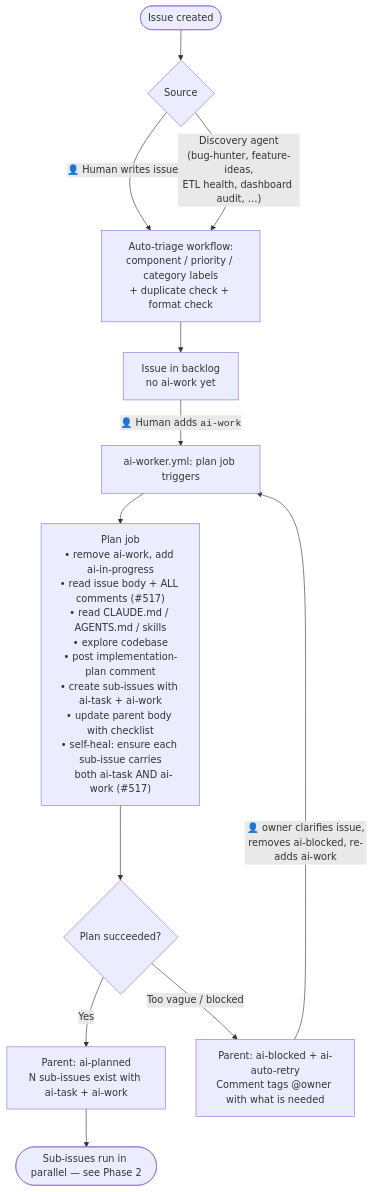
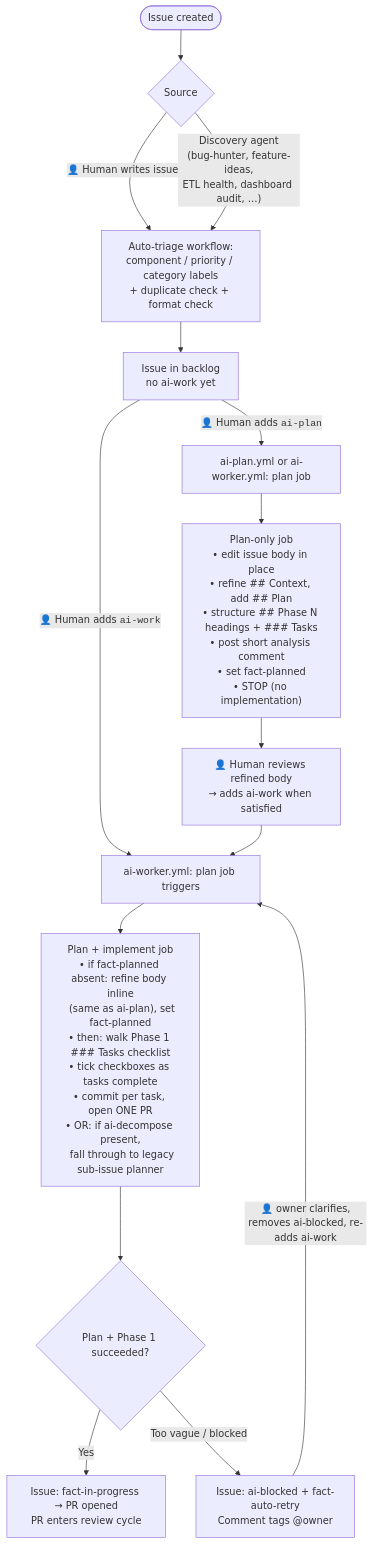
The first of 6 diagrams in docs/ai-factory.md (alvarolobato/powershop-analytics), drawn with Mermaid before and after one commit. The commit also changed other lines of this file and 6 other files, not shown here.

First line of the commit message:
docs: single-track issue format + fact-* label conventions (closes #661)

````diff
--- a/docs/ai-factory.md
+++ b/docs/ai-factory.md
@@ -188,18 +226,22 @@
 ```mermaid
 flowchart TD
     A([Issue created]) --> B{Source}
     B -->|"👤 Human writes issue"| C[Auto-triage workflow:<br/>component / priority / category labels<br/>+ duplicate check + format check]
     B -->|"Discovery agent<br/>(bug-hunter, feature-ideas,<br/>ETL health, dashboard audit, …)"| C
     C --> D[Issue in backlog<br/>no ai-work yet]
+
+    D -->|"👤 Human adds <code>ai-plan</code>"| EP[ai-plan.yml or ai-worker.yml: plan job]
     D -->|"👤 Human adds <code>ai-work</code>"| E[ai-worker.yml: plan job triggers]
 
-    E --> F["Plan job<br/>• remove ai-work, add ai-in-progress<br/>• read issue body + ALL comments (#517)<br/>• read CLAUDE.md / AGENTS.md / skills<br/>• explore codebase<br/>• post implementation-plan comment<br/>• create sub-issues with ai-task + ai-work<br/>• update parent body with checklist<br/>• self-heal: ensure each sub-issue carries<br/>  both ai-task AND ai-work (#517)"]
+    EP --> F1["Plan-only job<br/>• edit issue body in place<br/>• refine ## Context, add ## Plan<br/>• structure ## Phase N headings + ### Tasks<br/>• post short analysis comment<br/>• set fact-planned<br/>• STOP (no implementation)"]
+    F1 --> G1["👤 Human reviews refined body<br/>→ adds ai-work when satisfied"]
+    G1 --> E
 
-    F --> G{Plan succeeded?}
-    G -->|Yes| H[Parent: ai-planned<br/>N sub-issues exist with ai-task + ai-work]
-    G -->|"Too vague / blocked"| I[Parent: ai-blocked + ai-auto-retry<br/>Comment tags @owner with what is needed]
+    E --> F["Plan + implement job<br/>• if fact-planned absent: refine body inline<br/>  (same as ai-plan), set fact-planned<br/>• then: walk Phase 1 ### Tasks checklist<br/>• tick checkboxes as tasks complete<br/>• commit per task, open ONE PR<br/>• OR: if ai-decompose present,<br/>  fall through to legacy sub-issue planner"]
 
-    I -->|"👤 owner clarifies issue,<br/>removes ai-blocked, re-adds ai-work"| E
+    F --> G{Plan + Phase 1 succeeded?}
+    G -->|Yes| H[Issue: fact-in-progress → PR opened<br/>PR enters review cycle]
+    G -->|"Too vague / blocked"| I[Issue: ai-blocked + fact-auto-retry<br/>Comment tags @owner]
 
-    H --> J([Sub-issues run in parallel — see Phase 2])
+    I -->|"👤 owner clarifies,<br/>removes ai-blocked, re-adds ai-work"| E
 ```
````
